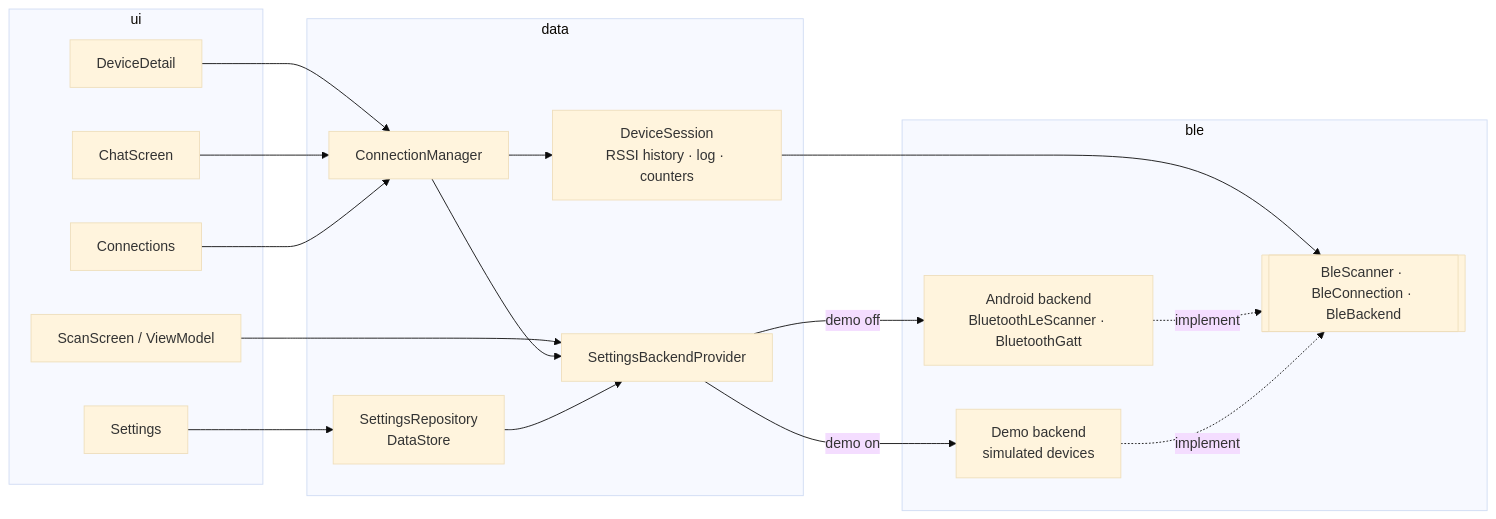
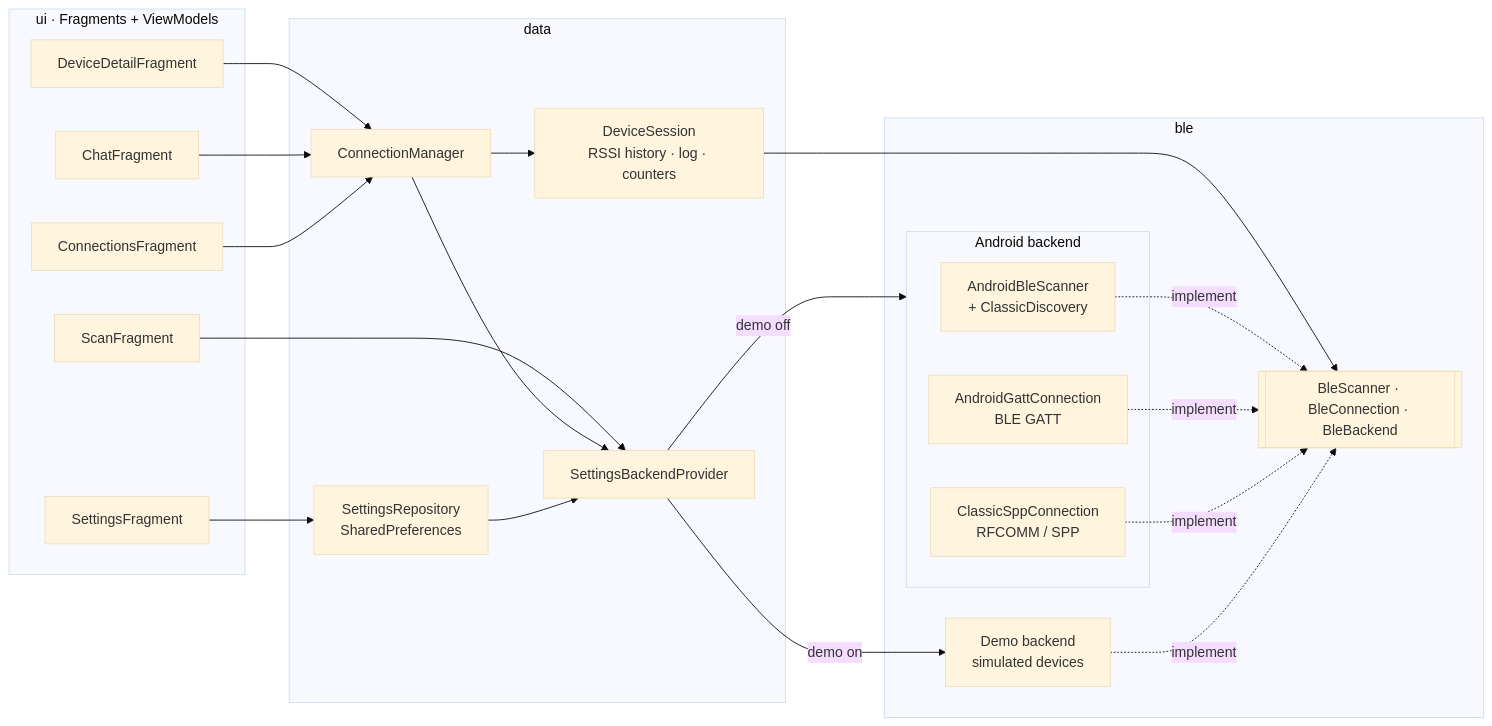
The diagram in README.md (Denizarsln/Blipwave), drawn with Mermaid (base theme) before and after one commit. The commit also changed other lines of this file and 216 other files, not shown here.

Commit message:
Migrate to Java, add Classic Bluetooth, SPP and PDA screenshots

````diff
--- a/README.md
+++ b/README.md
@@ -80,29 +114,33 @@
 ```mermaid
 flowchart LR
-    subgraph ui[ui]
-        Scan[ScanScreen / ViewModel]
-        Detail[DeviceDetail]
-        Chat[ChatScreen]
-        Conn[Connections]
-        Settings
+    subgraph ui[ui · Fragments + ViewModels]
+        Scan[ScanFragment]
+        Detail[DeviceDetailFragment]
+        Chat[ChatFragment]
+        Conn[ConnectionsFragment]
+        Settings[SettingsFragment]
     end
     subgraph data[data]
         CM[ConnectionManager]
         DS[DeviceSession<br/>RSSI history · log · counters]
-        SR[SettingsRepository<br/>DataStore]
+        SR[SettingsRepository<br/>SharedPreferences]
         BP[SettingsBackendProvider]
     end
     subgraph ble[ble]
         API[[BleScanner · BleConnection · BleBackend]]
-        Android[Android backend<br/>BluetoothLeScanner · BluetoothGatt]
+        subgraph android[Android backend]
+            LE[AndroidBleScanner<br/>+ ClassicDiscovery]
+            GATT[AndroidGattConnection<br/>BLE GATT]
+            SPP[ClassicSppConnection<br/>RFCOMM / SPP]
+        end
         Demo[Demo backend<br/>simulated devices]
     end
 
     Scan --> BP
     Detail & Chat & Conn --> CM --> DS --> API
     CM --> BP
-    BP -->|demo off| Android
+    BP -->|demo off| android
     BP -->|demo on| Demo
     Settings --> SR --> BP
-    Android & Demo -.implement.-> API
+    LE & GATT & SPP & Demo -.implement.-> API
 ```
````
